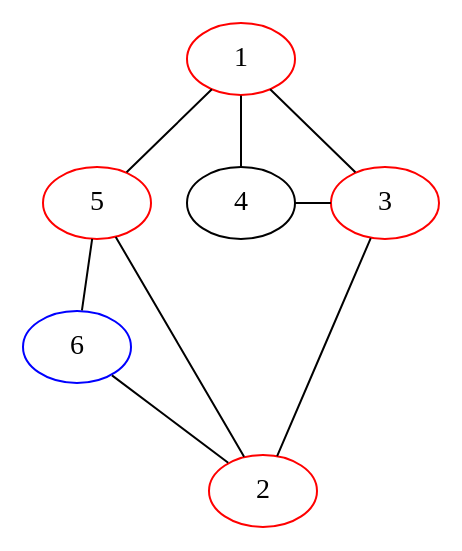
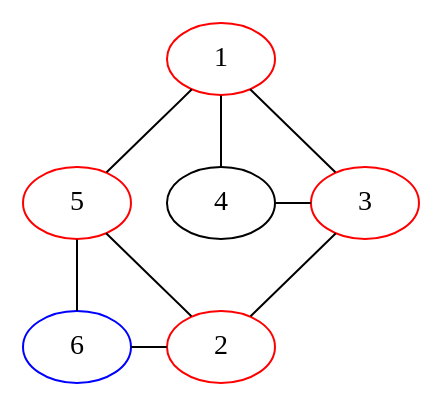
Before and after one commit to bilboquet/gamelib: the diagram in sprouts/11113.dot, drawn with Graphviz. The commit also changed 6 other files, not shown here.

```diff
--- a/sprouts/11113.dot
+++ b/sprouts/11113.dot
@@ -1,26 +1,34 @@
 graph {
   5;
   6;
   1 -- 4 -- 3 -- 2;
   1 -- 3;
   1 -- 5 -- 2;
   6 -- 2;
   5 -- 6 [weight=4];
   2 -- 4 [weight=4, style="invis"];
   5 -- 4 [weight=4, style="invis"];
 
   {
     rank="same";
     3;
     4;
     5;
 
   }
 
+
+  {
+    rank="sink";
+    2;
+    6;
+
+  }
+
   1 [color="red"];
   2 [color="red"];
   3 [color="red"];
   5 [color="red"];
   6 [color="blue"];
 
 }
```
